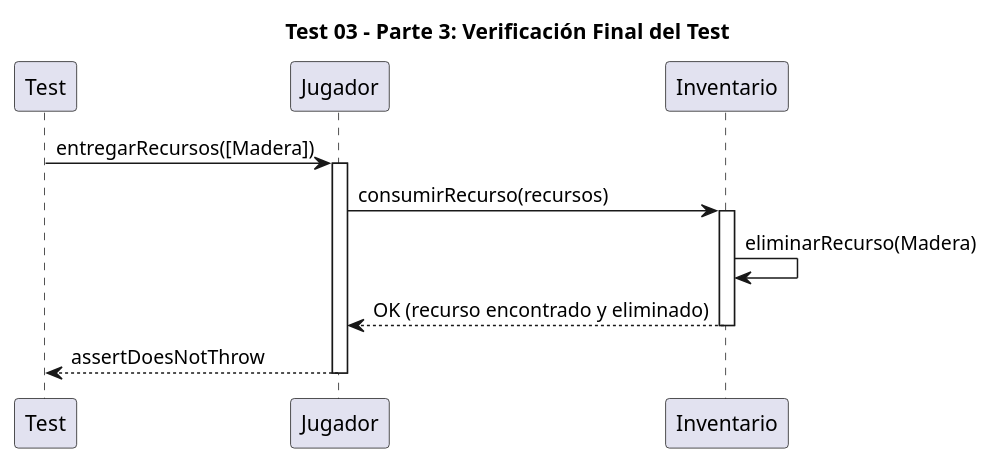
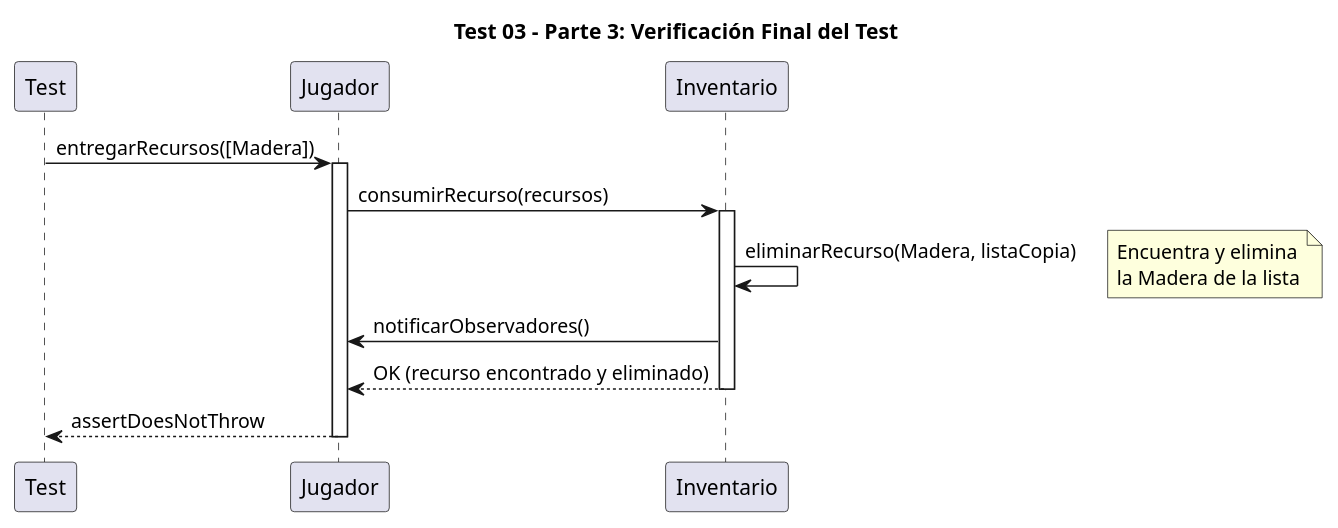
Before and after one commit to ValeSolArroyo/TP2-Catan: the third of 3 diagrams in diagrams/sequences/test03.puml, drawn with PlantUML. The commit also changed other lines of this file and 8 other files, not shown here.

Commit message:
diagramas actualizados

```diff
--- a/diagrams/sequences/test03.puml
+++ b/diagrams/sequences/test03.puml
@@ -116,16 +129,25 @@
 @startuml
 title Test 03 - Parte 3: Verificación Final del Test
+
+participant Test
+participant Jugador
+participant Inventario
+
 Test -> Jugador : entregarRecursos([Madera])
 activate Jugador
 
 Jugador -> Inventario : consumirRecurso(recursos)
 activate Inventario
 
-Inventario -> Inventario : eliminarRecurso(Madera)
+Inventario -> Inventario : eliminarRecurso(Madera, listaCopia)
+note right: Encuentra y elimina\nla Madera de la lista
+
+Inventario -> Jugador : notificarObservadores()
 
 Inventario --> Jugador : OK (recurso encontrado y eliminado)
 deactivate Inventario
 
 Jugador --> Test : assertDoesNotThrow
 deactivate Jugador
+
 @enduml
```
